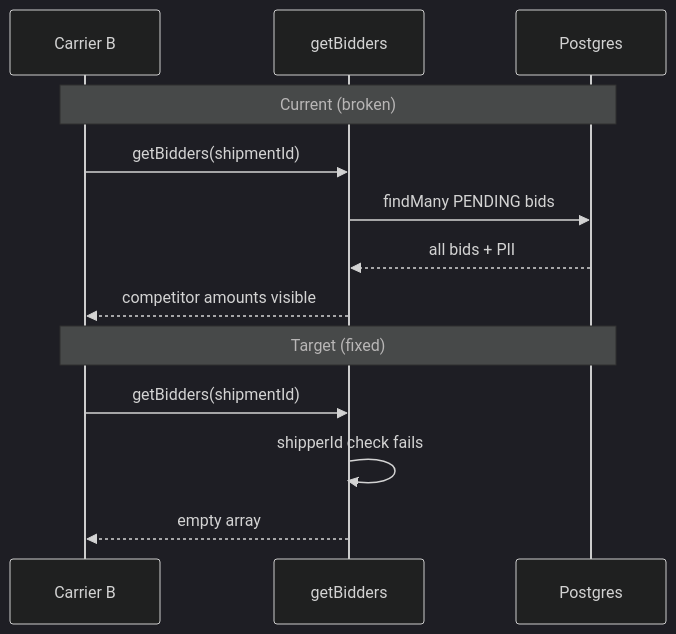
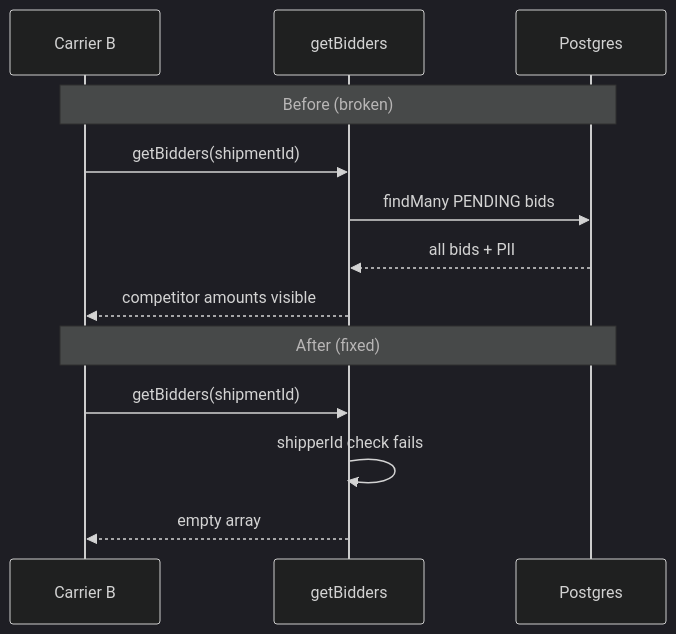
Before and after one commit to haymous3/Luggizztik: the first of 2 diagrams in docs/plan.md, drawn with Mermaid (dark theme). The commit also changed other lines of this file and 1 other file, not shown here.

````diff
--- a/docs/plan.md
+++ b/docs/plan.md
@@ -30,17 +62,17 @@
 ```mermaid
 sequenceDiagram
   participant CarrierB as Carrier B
   participant SA as getBidders
   participant DB as Postgres
 
-  Note over CarrierB,DB: Current (broken)
+  Note over CarrierB,DB: Before (broken)
   CarrierB->>SA: getBidders(shipmentId)
   SA->>DB: findMany PENDING bids
   DB-->>SA: all bids + PII
   SA-->>CarrierB: competitor amounts visible
 
-  Note over CarrierB,DB: Target (fixed)
+  Note over CarrierB,DB: After (fixed)
   CarrierB->>SA: getBidders(shipmentId)
   SA->>SA: shipperId check fails
   SA-->>CarrierB: empty array
 ```
````
